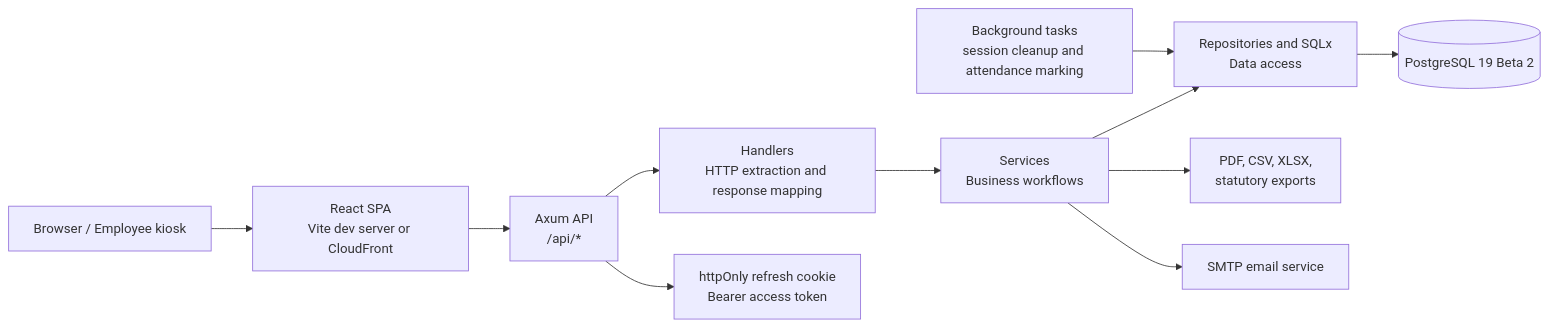
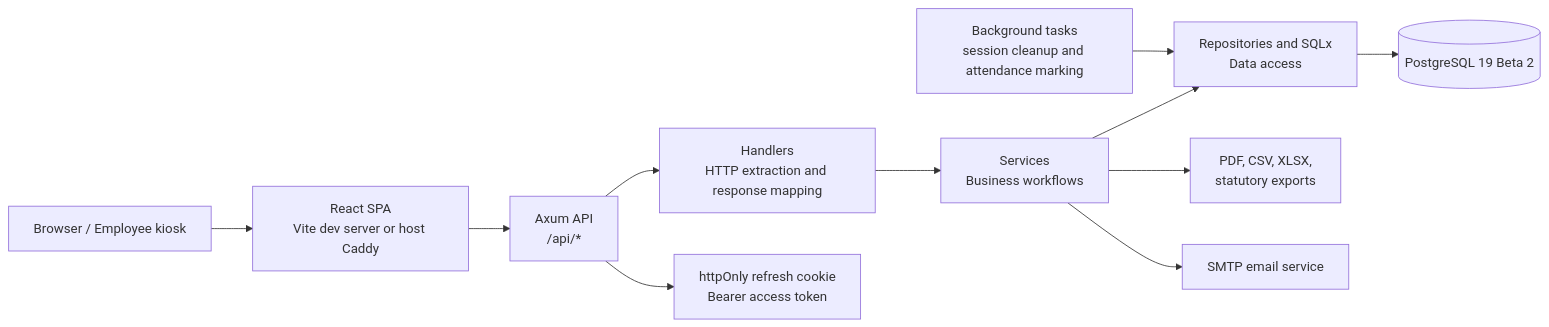
Before and after one commit to siewong007/payroll-system: the first of 5 diagrams in README.md, drawn with Mermaid. The commit also changed other lines of this file and 26 other files, not shown here.

````diff
--- a/README.md
+++ b/README.md
@@ -69,13 +69,13 @@
 ```mermaid
 flowchart LR
-    Browser["Browser / Employee kiosk"] --> Frontend["React SPA\nVite dev server or CloudFront"]
+    Browser["Browser / Employee kiosk"] --> Frontend["React SPA\nVite dev server or host Caddy"]
     Frontend --> Api["Axum API\n/api/*"]
     Api --> Handlers["Handlers\nHTTP extraction and response mapping"]
     Handlers --> Services["Services\nBusiness workflows"]
     Services --> Repositories["Repositories and SQLx\nData access"]
     Repositories --> Postgres[("PostgreSQL 19 Beta 2")]
     Services --> Exports["PDF, CSV, XLSX,\nstatutory exports"]
     Services --> Email["SMTP email service"]
     Api --> Cookies["httpOnly refresh cookie\nBearer access token"]
     Background["Background tasks\nsession cleanup and attendance marking"] --> Repositories
 ```
````
